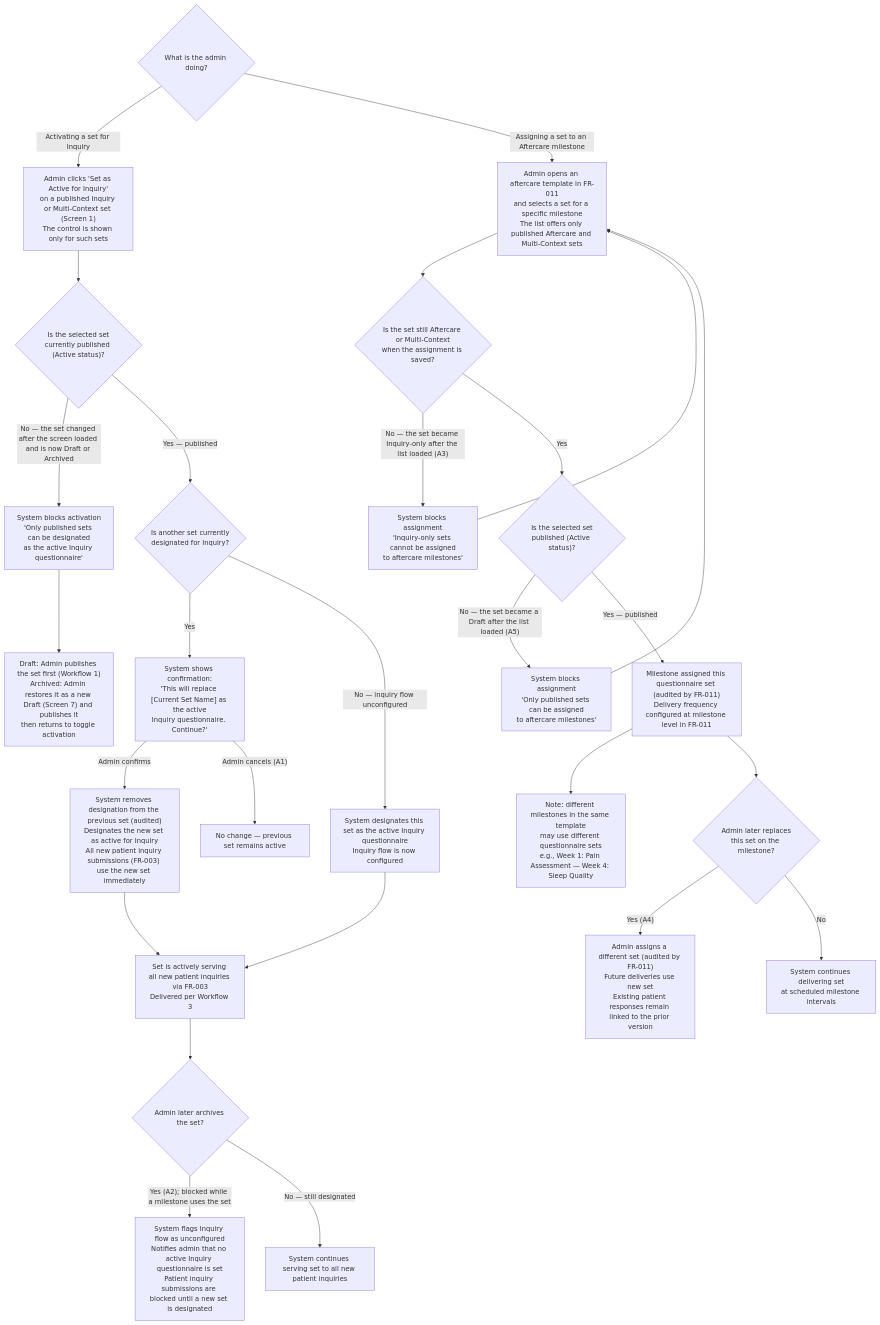
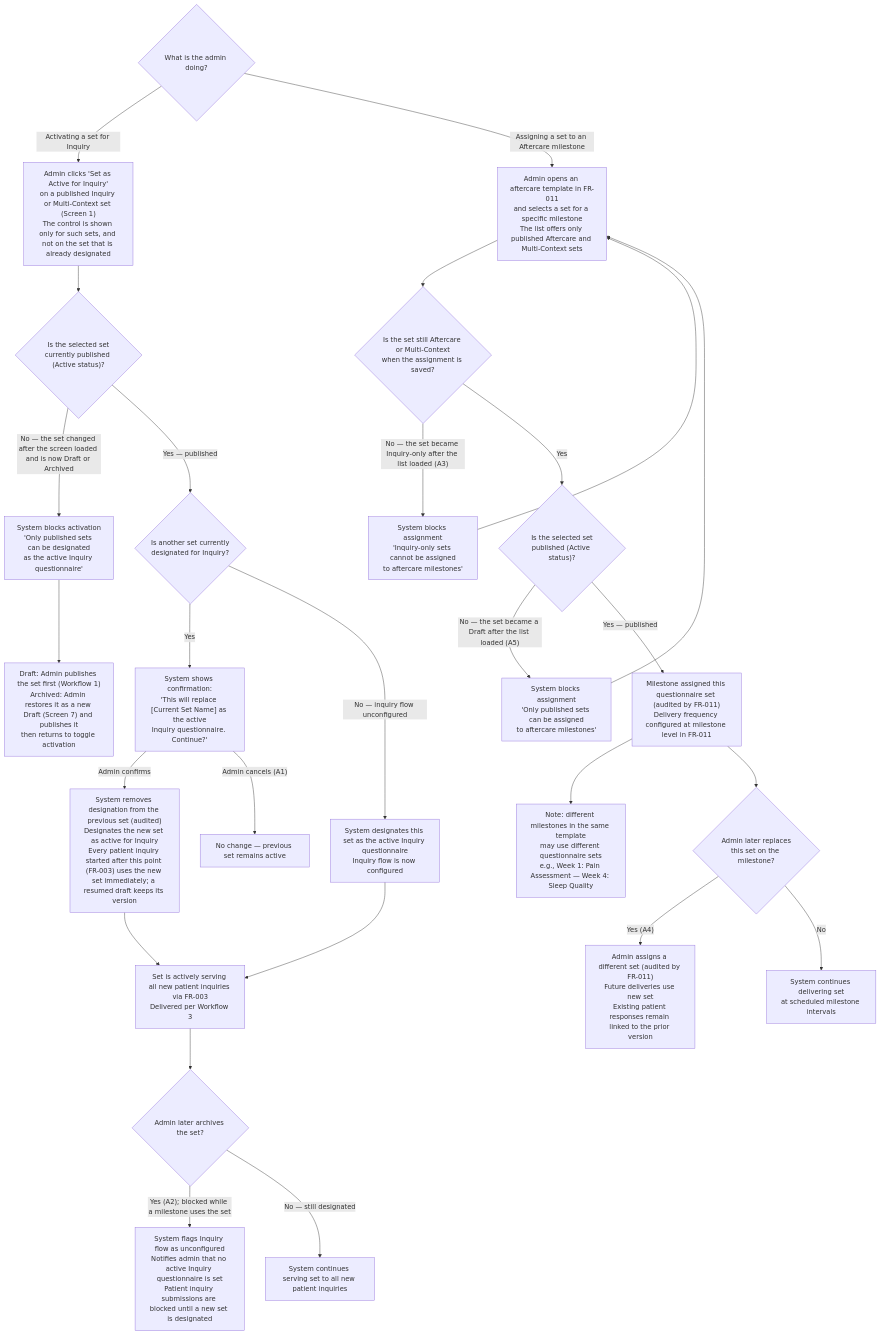
The fourth of 4 diagrams in project-requirements/functional-requirements/fr025-medical-questionnaire-management/prd.md (joachimtrungtuan/hairline-pm-docs), drawn with Mermaid before and after one commit. The commit also changed other lines of this file and 5 other files, not shown here.

Commit message:
docs(fr025): apply logic review pass 2 fixes to PRD and graph

````diff
--- a/project-requirements/functional-requirements/fr025-medical-questionnaire-management/prd.md
+++ b/project-requirements/functional-requirements/fr025-medical-questionnaire-management/prd.md
@@ -216,43 +219,43 @@
 ```mermaid
 flowchart TD
     START{"What is the admin doing?"}
 
-    START -->|"Activating a set for Inquiry"| TOGGLE["Admin clicks 'Set as Active for Inquiry'\non a published Inquiry or Multi-Context set (Screen 1)\nThe control is shown only for such sets"]
+    START -->|"Activating a set for Inquiry"| TOGGLE["Admin clicks 'Set as Active for Inquiry'\non a published Inquiry or Multi-Context set (Screen 1)\nThe control is shown only for such sets, and not on the set that is already designated"]
     START -->|"Assigning a set to an Aftercare milestone"| A_MIL["Admin opens an aftercare template in FR-011\nand selects a set for a specific milestone\nThe list offers only published Aftercare and Multi-Context sets"]
 
     TOGGLE --> STATUS{"Is the selected set\ncurrently published (Active status)?"}
     STATUS -->|"No — the set changed after the screen loaded and is now Draft or Archived"| BLOCK["System blocks activation\n'Only published sets can be designated\nas the active Inquiry questionnaire'"]
     BLOCK --> END_BLOCK["Draft: Admin publishes the set first (Workflow 1)\nArchived: Admin restores it as a new Draft (Screen 7) and publishes it\nthen returns to toggle activation"]
 
     STATUS -->|"Yes — published"| EXISTING{"Is another set currently\ndesignated for Inquiry?"}
 
     EXISTING -->|"Yes"| CONFIRM["System shows confirmation:\n'This will replace [Current Set Name] as the active\nInquiry questionnaire. Continue?'"]
-    CONFIRM -->|"Admin confirms"| SWAP["System removes designation from the previous set (audited)\nDesignates the new set as active for Inquiry\nAll new patient inquiry submissions (FR-003) use the new set immediately"]
+    CONFIRM -->|"Admin confirms"| SWAP["System removes designation from the previous set (audited)\nDesignates the new set as active for Inquiry\nEvery patient inquiry started after this point (FR-003) uses the new set immediately; a resumed draft keeps its version"]
     CONFIRM -->|"Admin cancels (A1)"| CANCEL["No change — previous set remains active"]
 
     EXISTING -->|"No — inquiry flow unconfigured"| FIRST["System designates this set as the active Inquiry questionnaire\nInquiry flow is now configured"]
 
     SWAP --> SERVING["Set is actively serving all new patient inquiries via FR-003\nDelivered per Workflow 3"]
     FIRST --> SERVING
 
     SERVING --> DEACT{"Admin later archives the set?"}
     DEACT -->|"Yes (A2); blocked while a milestone uses the set"| FLAG["System flags Inquiry flow as unconfigured\nNotifies admin that no active Inquiry questionnaire is set\nPatient inquiry submissions are blocked until a new set is designated"]
     DEACT -->|"No — still designated"| CONTINUE["System continues serving set to all new patient inquiries"]
 
     %% Aftercare path
     A_MIL --> A_CTXCHK{"Is the set still Aftercare or Multi-Context\nwhen the assignment is saved?"}
     A_CTXCHK -->|"No — the set became Inquiry-only after the list loaded (A3)"| A_BLOCK["System blocks assignment\n'Inquiry-only sets cannot be assigned\nto aftercare milestones'"]
     A_BLOCK --> A_MIL
 
     A_CTXCHK -->|"Yes"| A_STATCHK{"Is the selected set\npublished (Active status)?"}
     A_STATCHK -->|"No — the set became a Draft after the list loaded (A5)"| A_DRAFTBLOCK["System blocks assignment\n'Only published sets can be assigned\nto aftercare milestones'"]
     A_DRAFTBLOCK --> A_MIL
 
     A_STATCHK -->|"Yes — published"| A_ASSIGN["Milestone assigned this questionnaire set (audited by FR-011)\nDelivery frequency configured at milestone level in FR-011"]
 
     A_ASSIGN --> A_MULTI["Note: different milestones in the same template\nmay use different questionnaire sets\ne.g., Week 1: Pain Assessment — Week 4: Sleep Quality"]
 
     A_ASSIGN --> A_REPLACE{"Admin later replaces\nthis set on the milestone?"}
     A_REPLACE -->|"Yes (A4)"| A_NEWSET["Admin assigns a different set (audited by FR-011)\nFuture deliveries use new set\nExisting patient responses remain linked to the prior version"]
     A_REPLACE -->|"No"| A_SERVE["System continues delivering set\nat scheduled milestone intervals"]
 ```
````
